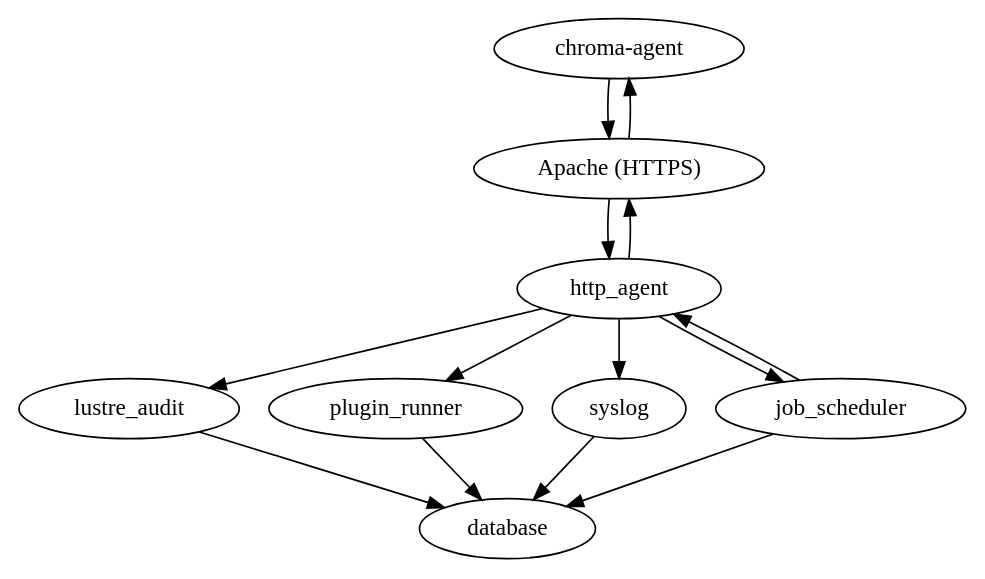
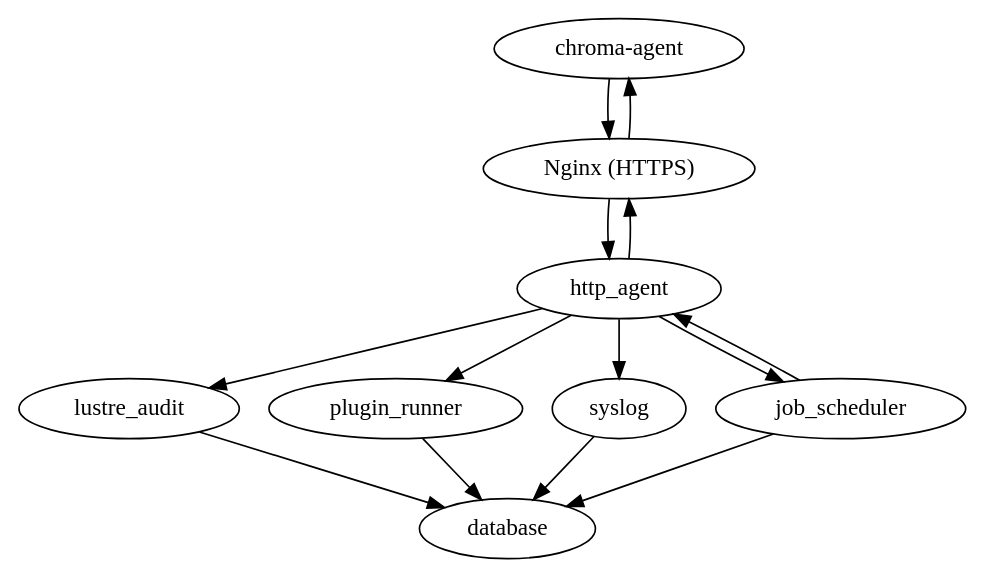
The third of 5 diagrams in chroma-manager/docs/internals/manager/dataflow.rst (whamcloud/integrated-manager-for-lustre), drawn with Graphviz before and after one commit. The commit also changed other lines of this file and 43 other files, not shown here.

First line of the commit message:
HYD-4266 Replace Apache with Nginx

```diff
--- a/chroma-manager/docs/internals/manager/dataflow.rst
+++ b/chroma-manager/docs/internals/manager/dataflow.rst
@@ -49,14 +49,14 @@
 .. graphviz::
-    
+
     digraph agent_dataflow {
-            "chroma-agent" -> "Apache (HTTPS)"
-            "Apache (HTTPS)" -> http_agent
-            "Apache (HTTPS)" -> "chroma-agent"
-            http_agent -> "Apache (HTTPS)" 
+            "chroma-agent" -> "Nginx (HTTPS)"
+            "Nginx (HTTPS)" -> http_agent
+            "Nginx (HTTPS)" -> "chroma-agent"
+            http_agent -> "Nginx (HTTPS)"
             http_agent -> lustre_audit -> database
             http_agent -> plugin_runner -> database
             http_agent -> syslog -> database
             http_agent -> job_scheduler
             job_scheduler -> http_agent
             job_scheduler -> database
     }
```
